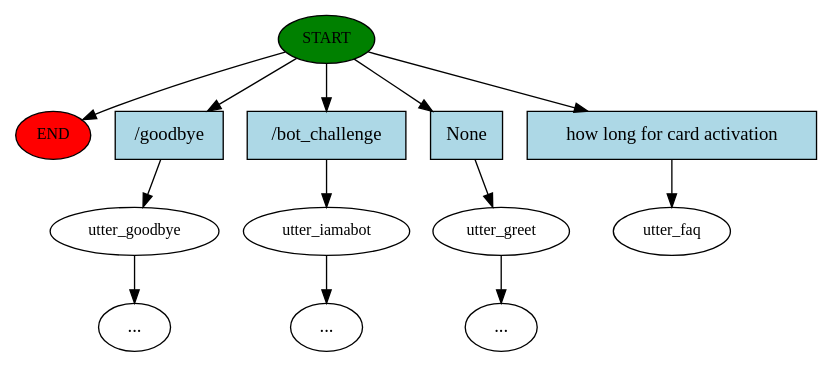
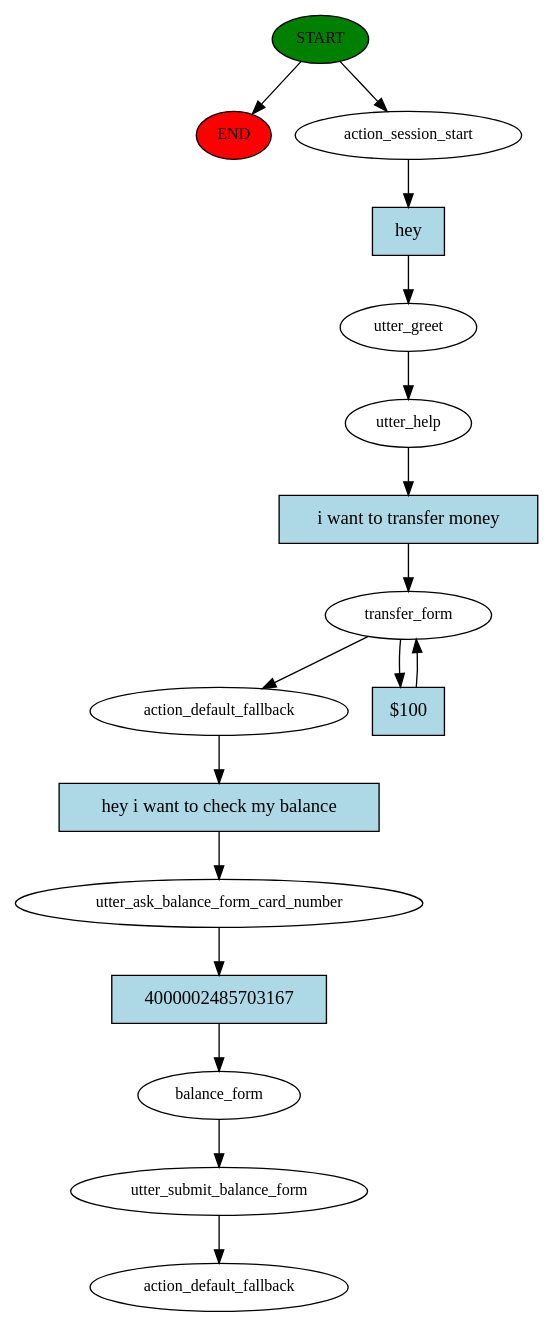
One commit to rajaduraisingam/rasa_demo changed the diagram in story_graph.dot. Above: the diagram before and after it, drawn with Graphviz. The commit also changed 4 other files, not shown here.

```diff
--- a/story_graph.dot
+++ b/story_graph.dot
@@ -1,27 +1,34 @@
 digraph  {
 0 [class="start active", fillcolor=green, fontsize=12, label=START, style=filled];
 "-1" [class=end, fillcolor=red, fontsize=12, label=END, style=filled];
-1 [class="", fontsize=12, label=utter_goodbye];
-"-3" [class=ellipsis, label="..."];
-2 [class="", fontsize=12, label=utter_iamabot];
-"-4" [class=ellipsis, label="..."];
-3 [class="", fontsize=12, label=utter_greet];
-"-7" [class=ellipsis, label="..."];
-6 [class="dashed active", fontsize=12, label=utter_faq];
-7 [class=intent, fillcolor=lightblue, label="/goodbye", shape=rect, style=filled];
-8 [class=intent, fillcolor=lightblue, label="/bot_challenge", shape=rect, style=filled];
-9 [class=intent, fillcolor=lightblue, label=None, shape=rect, style=filled];
-10 [class="intent active", fillcolor=lightblue, label="how long for card activation", shape=rect, style=filled];
+1 [class=active, fontsize=12, label=action_session_start];
+2 [class=active, fontsize=12, label=utter_greet];
+3 [class=active, fontsize=12, label=utter_help];
+4 [class=active, fontsize=12, label=transfer_form];
+7 [class=active, fontsize=12, label=action_default_fallback];
+8 [class=active, fontsize=12, label=utter_ask_balance_form_card_number];
+9 [class=active, fontsize=12, label=balance_form];
+10 [class=active, fontsize=12, label=utter_submit_balance_form];
+11 [class="dashed active", fontsize=12, label=action_default_fallback];
+12 [class="intent active", fillcolor=lightblue, label=hey, shape=rect, style=filled];
+13 [class="intent active", fillcolor=lightblue, label="i want to transfer money", shape=rect, style=filled];
+14 [class="intent active", fillcolor=lightblue, label="$100", shape=rect, style=filled];
+15 [class="intent active", fillcolor=lightblue, label="hey i want to check my balance", shape=rect, style=filled];
+16 [class="intent active", fillcolor=lightblue, label=4000002485703167, shape=rect, style=filled];
 0 -> "-1"  [class="", key=NONE, label=""];
-0 -> 7  [class="", key=0];
-0 -> 8  [class="", key=0];
-0 -> 9  [class="", key=0];
-0 -> 10  [class=active, key=0];
-1 -> "-3"  [class="", key=NONE, label=""];
-2 -> "-4"  [class="", key=NONE, label=""];
-3 -> "-7"  [class="", key=NONE, label=""];
-7 -> 1  [class="", key=0];
-8 -> 2  [class="", key=0];
-9 -> 3  [class="", key=0];
-10 -> 6  [class=active, key=0];
+0 -> 1  [class=active, key=NONE, label=""];
+1 -> 12  [class=active, key=0];
+2 -> 3  [class=active, key=NONE, label=""];
+3 -> 13  [class=active, key=0];
+4 -> 7  [class=active, key=NONE, label=""];
+4 -> 14  [class=active, key=0];
+7 -> 15  [class=active, key=0];
+8 -> 16  [class=active, key=0];
+9 -> 10  [class=active, key=NONE, label=""];
+10 -> 11  [class=active, key=NONE, label=""];
+12 -> 2  [class=active, key=0];
+13 -> 4  [class=active, key=0];
+14 -> 4  [class=active, key=0];
+15 -> 8  [class=active, key=0];
+16 -> 9  [class=active, key=0];
 }
```
